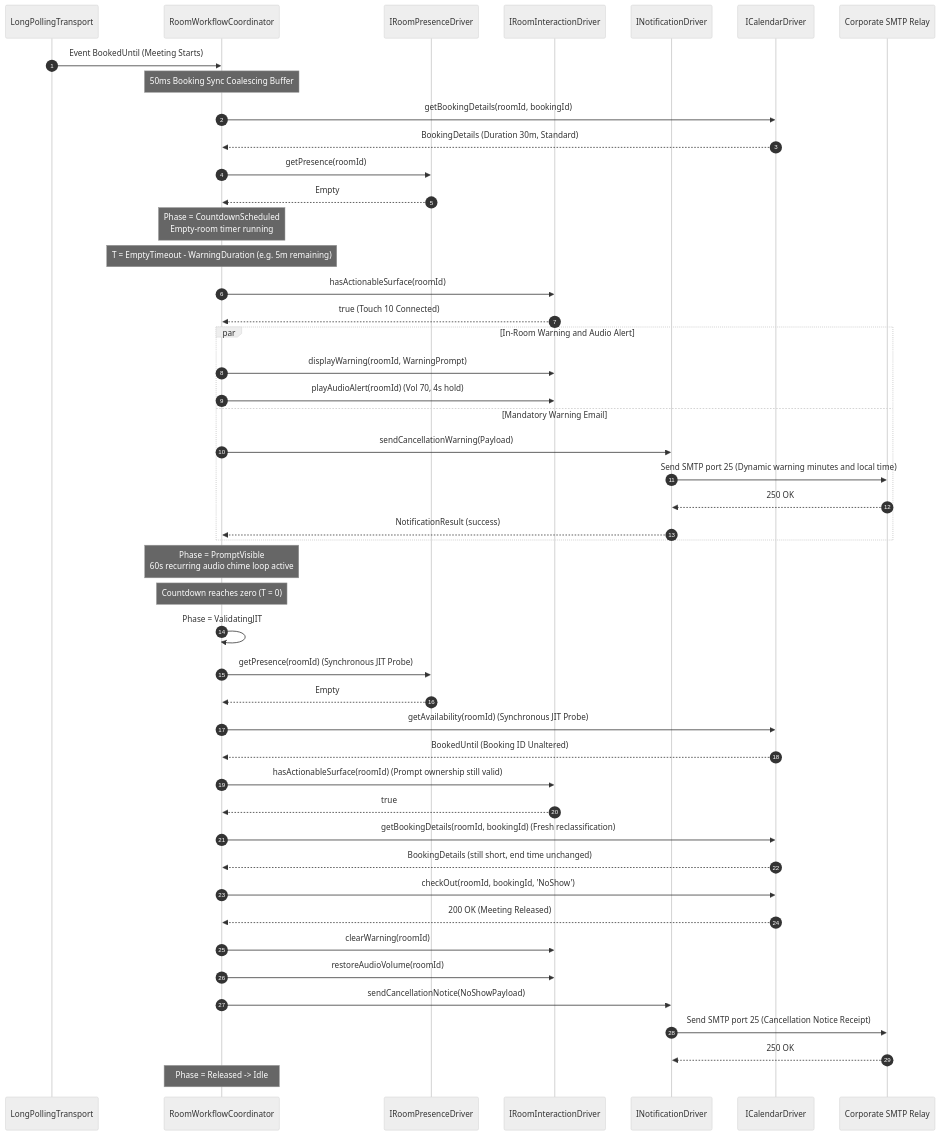
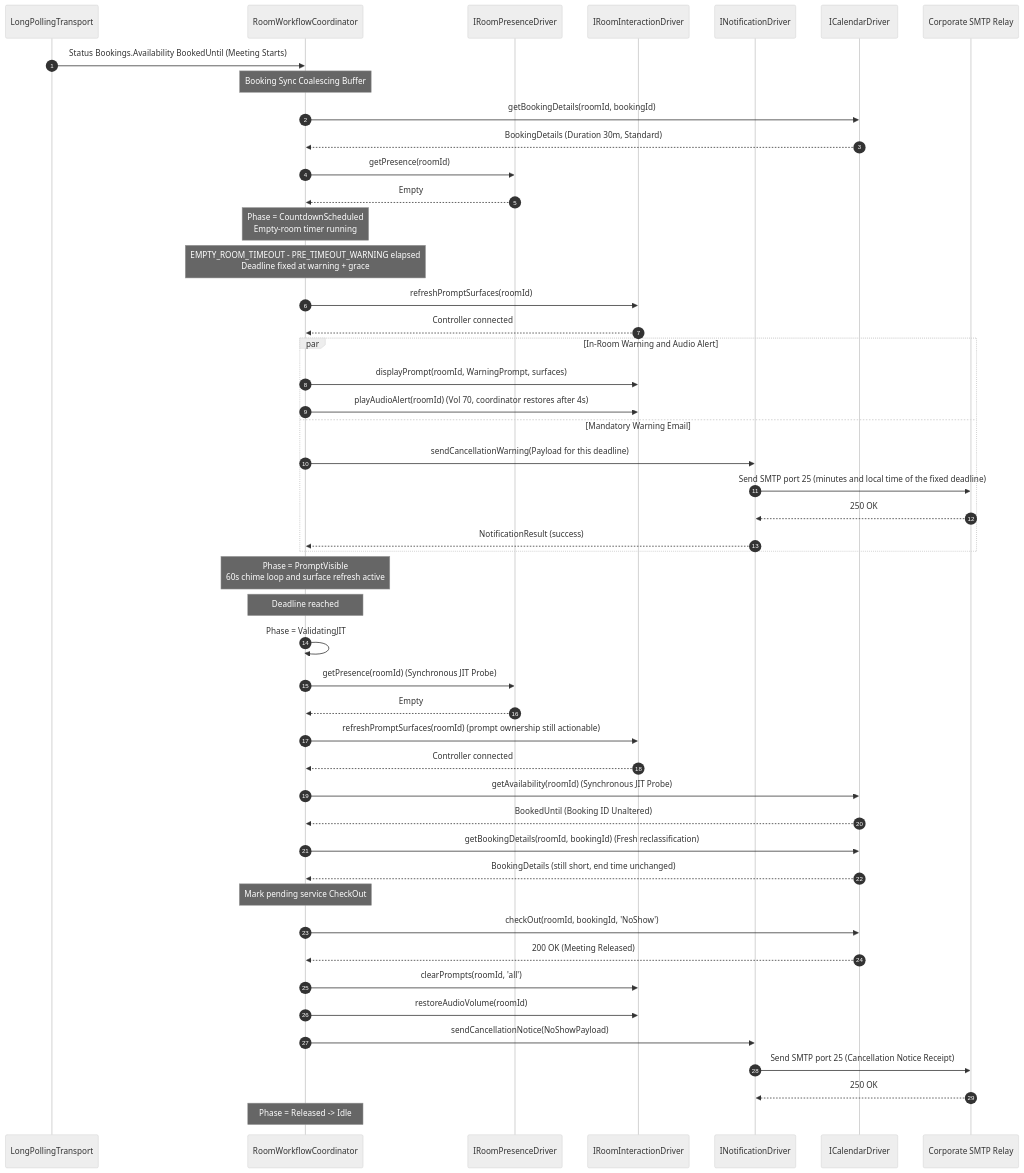
One commit to oscarpe979/vc-booking-autocancellation changed the first of 3 diagrams in service/docs/ServiceLowLevelDesign.md. Above: the diagram before and after it, drawn with Mermaid (neutral theme). The commit also changed other lines of this file and 3 other files, not shown here.

````diff
--- a/service/docs/ServiceLowLevelDesign.md
+++ b/service/docs/ServiceLowLevelDesign.md
@@ -384,58 +445,59 @@
 ```mermaid
 sequenceDiagram
     autonumber
     participant Poller as LongPollingTransport
     participant Coordinator as RoomWorkflowCoordinator
     participant Presence as IRoomPresenceDriver
     participant Interaction as IRoomInteractionDriver
     participant Notify as INotificationDriver
     participant Calendar as ICalendarDriver
     participant Smtp as Corporate SMTP Relay
 
-    Poller->>Coordinator: Event BookedUntil (Meeting Starts)
-    Note over Coordinator: 50ms Booking Sync Coalescing Buffer
+    Poller->>Coordinator: Status Bookings.Availability BookedUntil (Meeting Starts)
+    Note over Coordinator: Booking Sync Coalescing Buffer
     Coordinator->>Calendar: getBookingDetails(roomId, bookingId)
     Calendar-->>Coordinator: BookingDetails (Duration 30m, Standard)
     Coordinator->>Presence: getPresence(roomId)
     Presence-->>Coordinator: Empty
 
     Note over Coordinator: Phase = CountdownScheduled<br/>Empty-room timer running
 
-    Note over Coordinator: T = EmptyTimeout - WarningDuration (e.g. 5m remaining)
-    Coordinator->>Interaction: hasActionableSurface(roomId)
-    Interaction-->>Coordinator: true (Touch 10 Connected)
-    
+    Note over Coordinator: EMPTY_ROOM_TIMEOUT - PRE_TIMEOUT_WARNING elapsed<br/>Deadline fixed at warning + grace
+    Coordinator->>Interaction: refreshPromptSurfaces(roomId)
+    Interaction-->>Coordinator: Controller connected
+
     par In-Room Warning and Audio Alert
-        Coordinator->>Interaction: displayWarning(roomId, WarningPrompt)
-        Coordinator->>Interaction: playAudioAlert(roomId) (Vol 70, 4s hold)
+        Coordinator->>Interaction: displayPrompt(roomId, WarningPrompt, surfaces)
+        Coordinator->>Interaction: playAudioAlert(roomId) (Vol 70, coordinator restores after 4s)
     and Mandatory Warning Email
-        Coordinator->>Notify: sendCancellationWarning(Payload)
-        Notify->>Smtp: Send SMTP port 25 (Dynamic warning minutes and local time)
+        Coordinator->>Notify: sendCancellationWarning(Payload for this deadline)
+        Notify->>Smtp: Send SMTP port 25 (minutes and local time of the fixed deadline)
         Smtp-->>Notify: 250 OK
         Notify-->>Coordinator: NotificationResult (success)
     end
 
-    Note over Coordinator: Phase = PromptVisible<br/>60s recurring audio chime loop active
+    Note over Coordinator: Phase = PromptVisible<br/>60s chime loop and surface refresh active
 
-    Note over Coordinator: Countdown reaches zero (T = 0)
+    Note over Coordinator: Deadline reached
     Coordinator->>Coordinator: Phase = ValidatingJIT
     Coordinator->>Presence: getPresence(roomId) (Synchronous JIT Probe)
     Presence-->>Coordinator: Empty
+    Coordinator->>Interaction: refreshPromptSurfaces(roomId) (prompt ownership still actionable)
+    Interaction-->>Coordinator: Controller connected
     Coordinator->>Calendar: getAvailability(roomId) (Synchronous JIT Probe)
     Calendar-->>Coordinator: BookedUntil (Booking ID Unaltered)
-    Coordinator->>Interaction: hasActionableSurface(roomId) (Prompt ownership still valid)
-    Interaction-->>Coordinator: true
     Coordinator->>Calendar: getBookingDetails(roomId, bookingId) (Fresh reclassification)
     Calendar-->>Coordinator: BookingDetails (still short, end time unchanged)
 
+    Note over Coordinator: Mark pending service CheckOut
     Coordinator->>Calendar: checkOut(roomId, bookingId, 'NoShow')
     Calendar-->>Coordinator: 200 OK (Meeting Released)
-    Coordinator->>Interaction: clearWarning(roomId)
+    Coordinator->>Interaction: clearPrompts(roomId, 'all')
     Coordinator->>Interaction: restoreAudioVolume(roomId)
-    
+
     Coordinator->>Notify: sendCancellationNotice(NoShowPayload)
     Notify->>Smtp: Send SMTP port 25 (Cancellation Notice Receipt)
     Smtp-->>Notify: 250 OK
 
     Note over Coordinator: Phase = Released -> Idle
 ```
````
